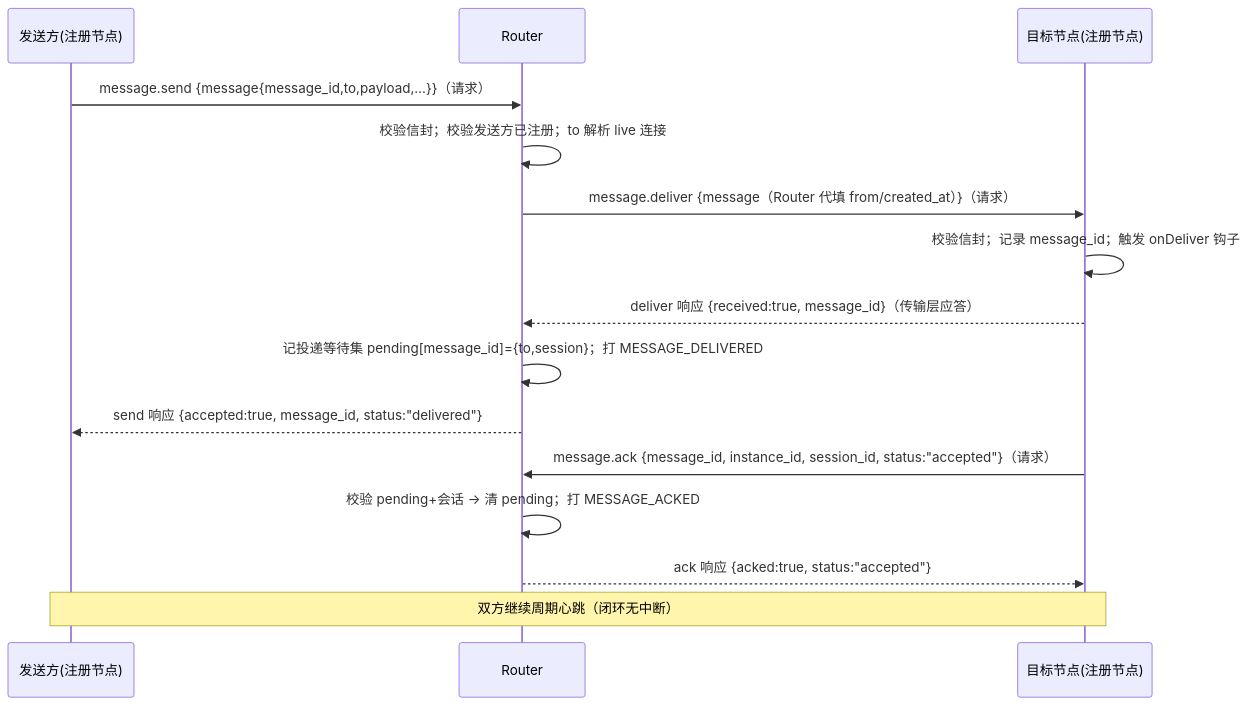
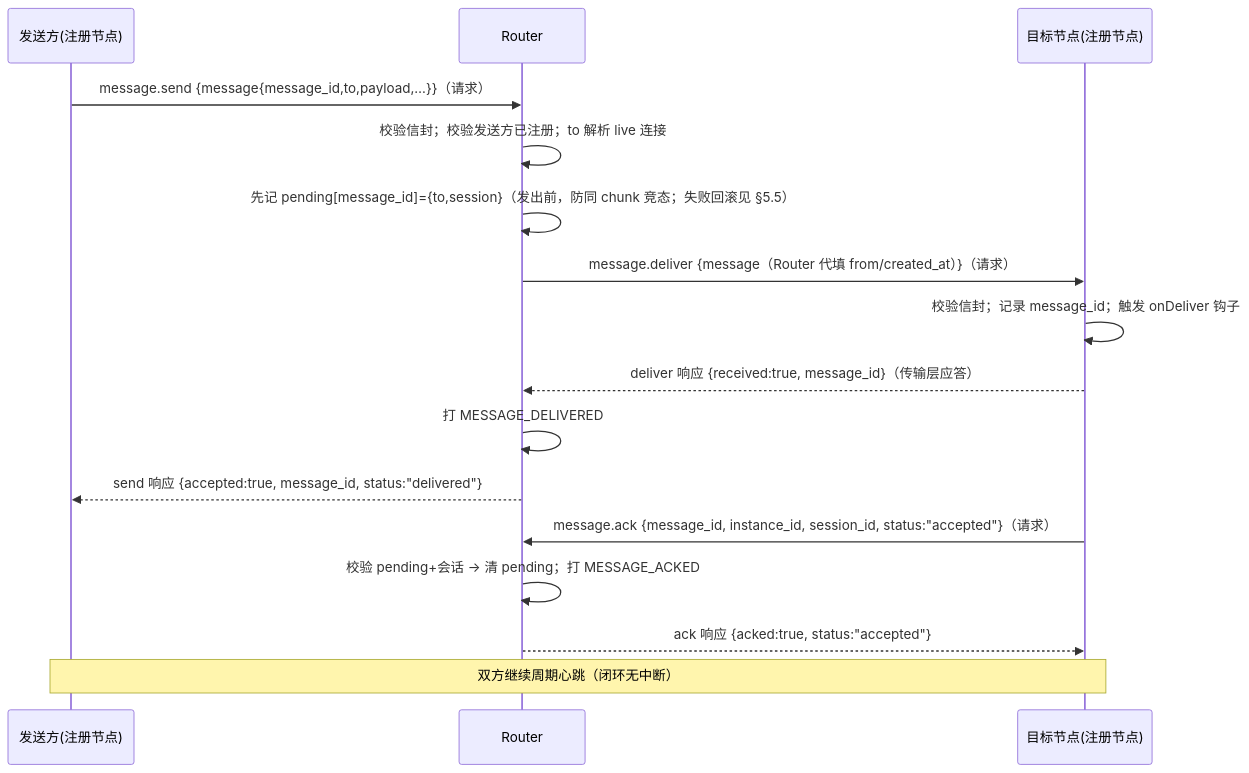
Before and after one commit to chenchiyuan/agents: the fourth of 5 diagrams in docs/iterations/0010-oamp-minimal-cli/architecture.md, drawn with Mermaid. The commit also changed other lines of this file and 11 other files, not shown here.

Commit message:
docs(0010): 验收偏差文档同步（architecture 8 项/pr-004 文件/pr-004-tasks 数字）+ status 阶段 5 收尾

````diff
--- a/docs/iterations/0010-oamp-minimal-cli/architecture.md
+++ b/docs/iterations/0010-oamp-minimal-cli/architecture.md
@@ -147,17 +149,18 @@
 ```mermaid
 sequenceDiagram
     participant S as 发送方(注册节点)
     participant R as Router
     participant T as 目标节点(注册节点)
     S->>R: message.send {message{message_id,to,payload,…}}（请求）
     R->>R: 校验信封；校验发送方已注册；to 解析 live 连接
+    R->>R: 先记 pending[message_id]={to,session}（发出前，防同 chunk 竞态；失败回滚见 §5.5）
     R->>T: message.deliver {message（Router 代填 from/created_at）}（请求）
     T->>T: 校验信封；记录 message_id；触发 onDeliver 钩子
     T-->>R: deliver 响应 {received:true, message_id}（传输层应答）
-    R->>R: 记投递等待集 pending[message_id]={to,session}；打 MESSAGE_DELIVERED
+    R->>R: 打 MESSAGE_DELIVERED
     R-->>S: send 响应 {accepted:true, message_id, status:"delivered"}
     T->>R: message.ack {message_id, instance_id, session_id, status:"accepted"}（请求）
     R->>R: 校验 pending+会话 → 清 pending；打 MESSAGE_ACKED
     R-->>T: ack 响应 {acked:true, status:"accepted"}
     Note over S,T: 双方继续周期心跳（闭环无中断）
 ```
````
